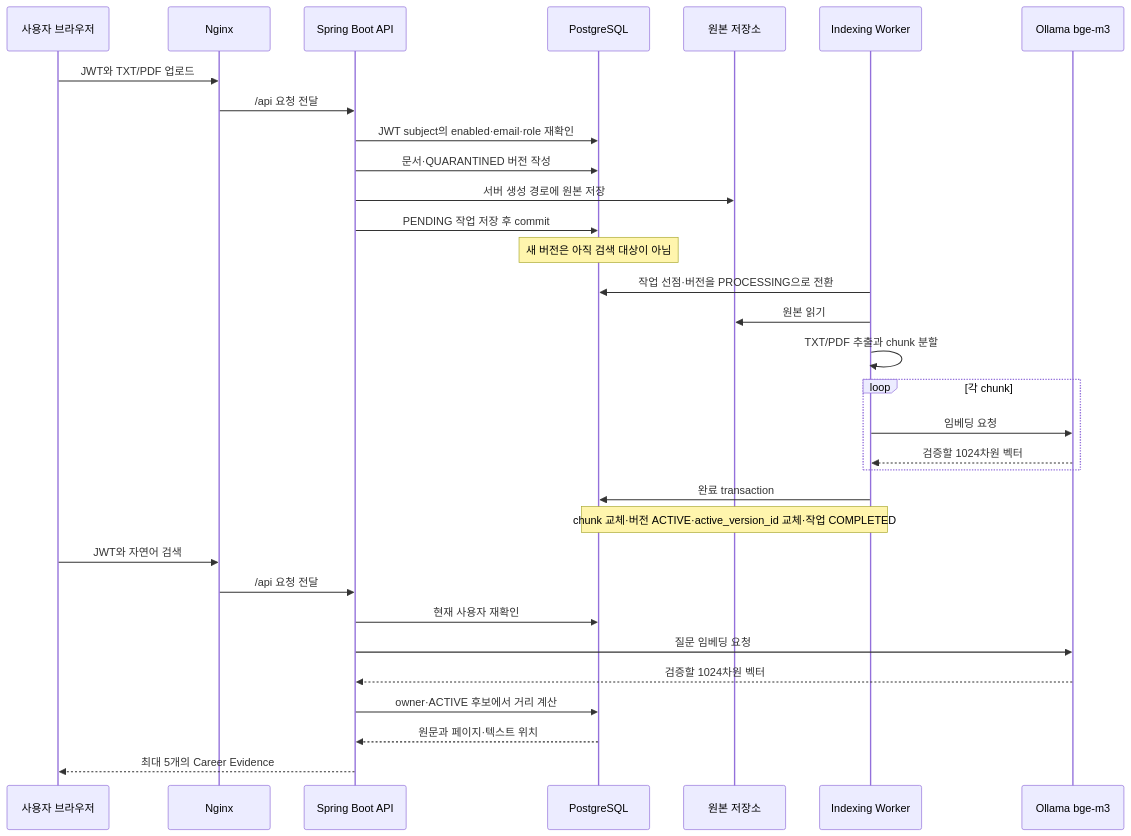
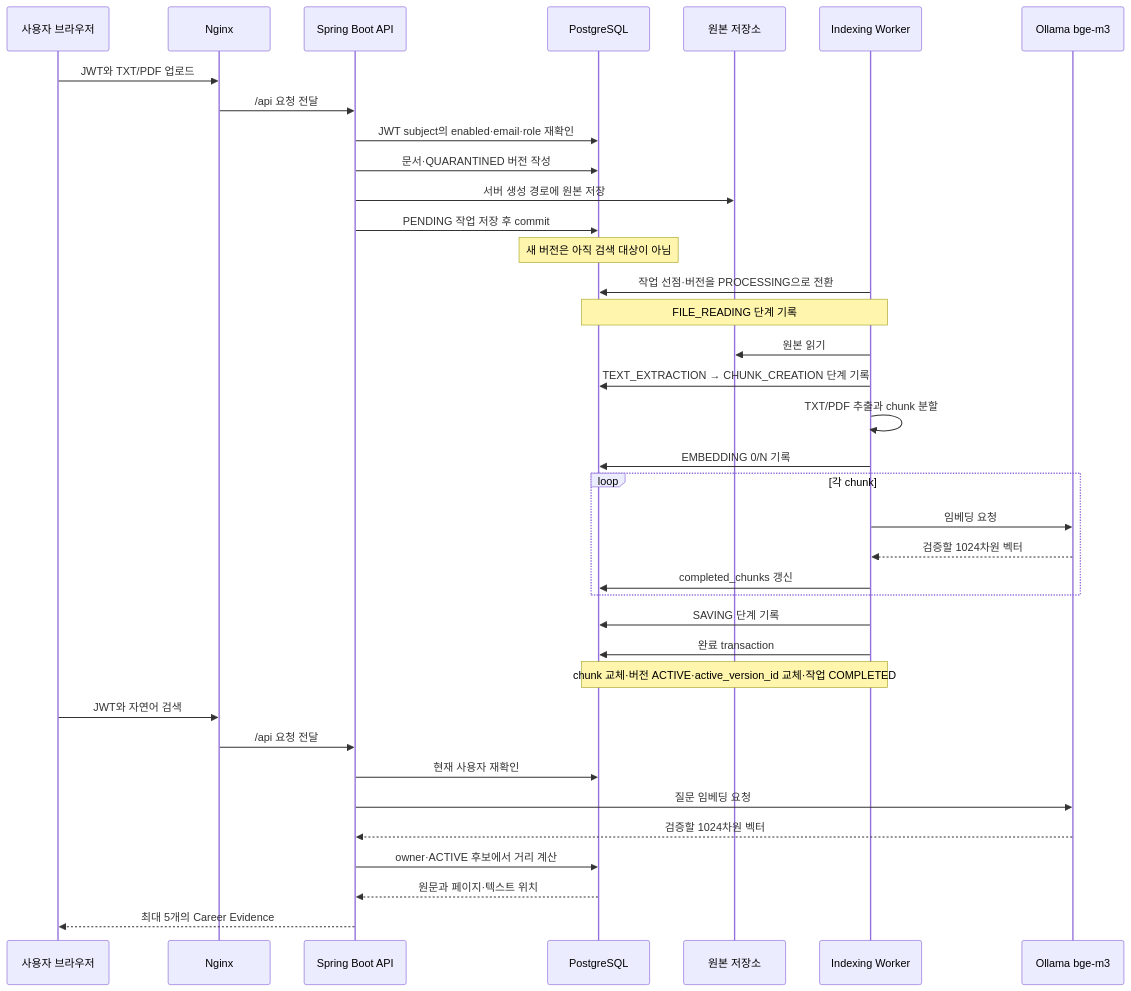
The third of 6 diagrams in docs/architecture.md (jaemin-devlog/PRIZM), drawn with Mermaid before and after one commit. The commit also changed other lines of this file and 41 other files, not shown here.

````diff
--- a/docs/architecture.md
+++ b/docs/architecture.md
@@ -148,37 +153,42 @@
 ```mermaid
 sequenceDiagram
     participant U as 사용자 브라우저
     participant N as Nginx
     participant A as Spring Boot API
     participant DB as PostgreSQL
     participant FS as 원본 저장소
     participant W as Indexing Worker
     participant O as Ollama bge-m3
 
     U->>N: JWT와 TXT/PDF 업로드
     N->>A: /api 요청 전달
     A->>DB: JWT subject의 enabled·email·role 재확인
     A->>DB: 문서·QUARANTINED 버전 작성
     A->>FS: 서버 생성 경로에 원본 저장
     A->>DB: PENDING 작업 저장 후 commit
     Note over DB: 새 버전은 아직 검색 대상이 아님
 
     W->>DB: 작업 선점·버전을 PROCESSING으로 전환
+    Note over W,DB: FILE_READING 단계 기록
     W->>FS: 원본 읽기
+    W->>DB: TEXT_EXTRACTION → CHUNK_CREATION 단계 기록
     W->>W: TXT/PDF 추출과 chunk 분할
+    W->>DB: EMBEDDING 0/N 기록
     loop 각 chunk
         W->>O: 임베딩 요청
         O-->>W: 검증할 1024차원 벡터
+        W->>DB: completed_chunks 갱신
     end
+    W->>DB: SAVING 단계 기록
     W->>DB: 완료 transaction
     Note over W,DB: chunk 교체·버전 ACTIVE·active_version_id 교체·작업 COMPLETED
 
     U->>N: JWT와 자연어 검색
     N->>A: /api 요청 전달
     A->>DB: 현재 사용자 재확인
     A->>O: 질문 임베딩 요청
     O-->>A: 검증할 1024차원 벡터
     A->>DB: owner·ACTIVE 후보에서 거리 계산
     DB-->>A: 원문과 페이지·텍스트 위치
     A-->>U: 최대 5개의 Career Evidence
 ```
````
